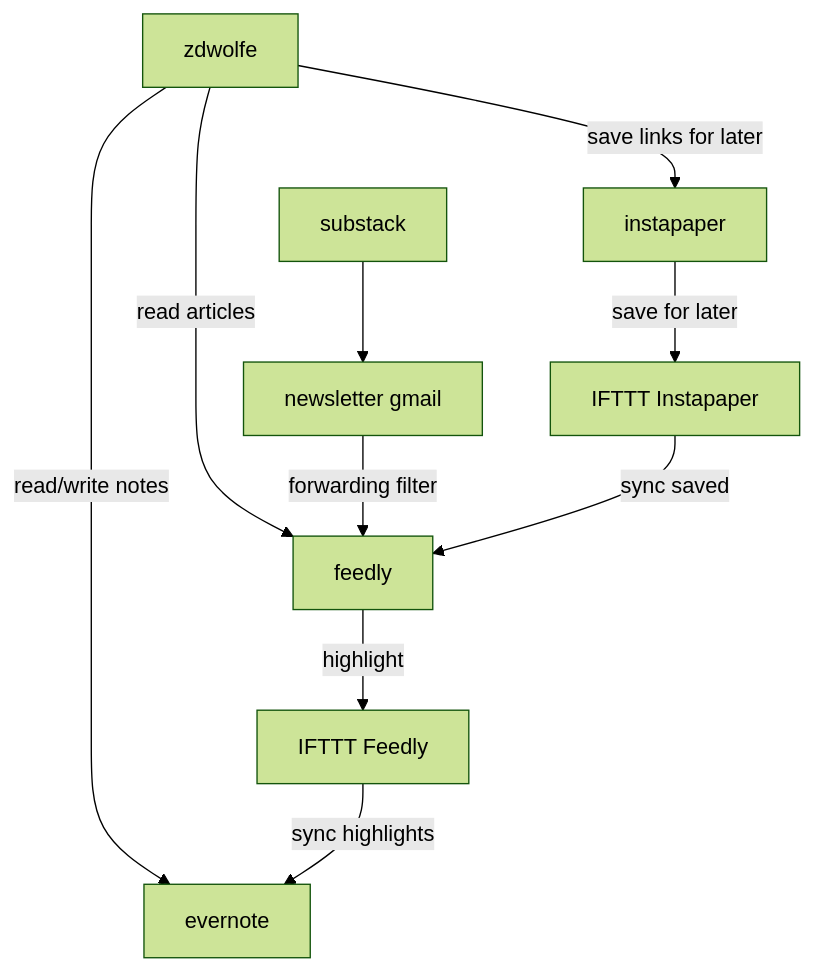
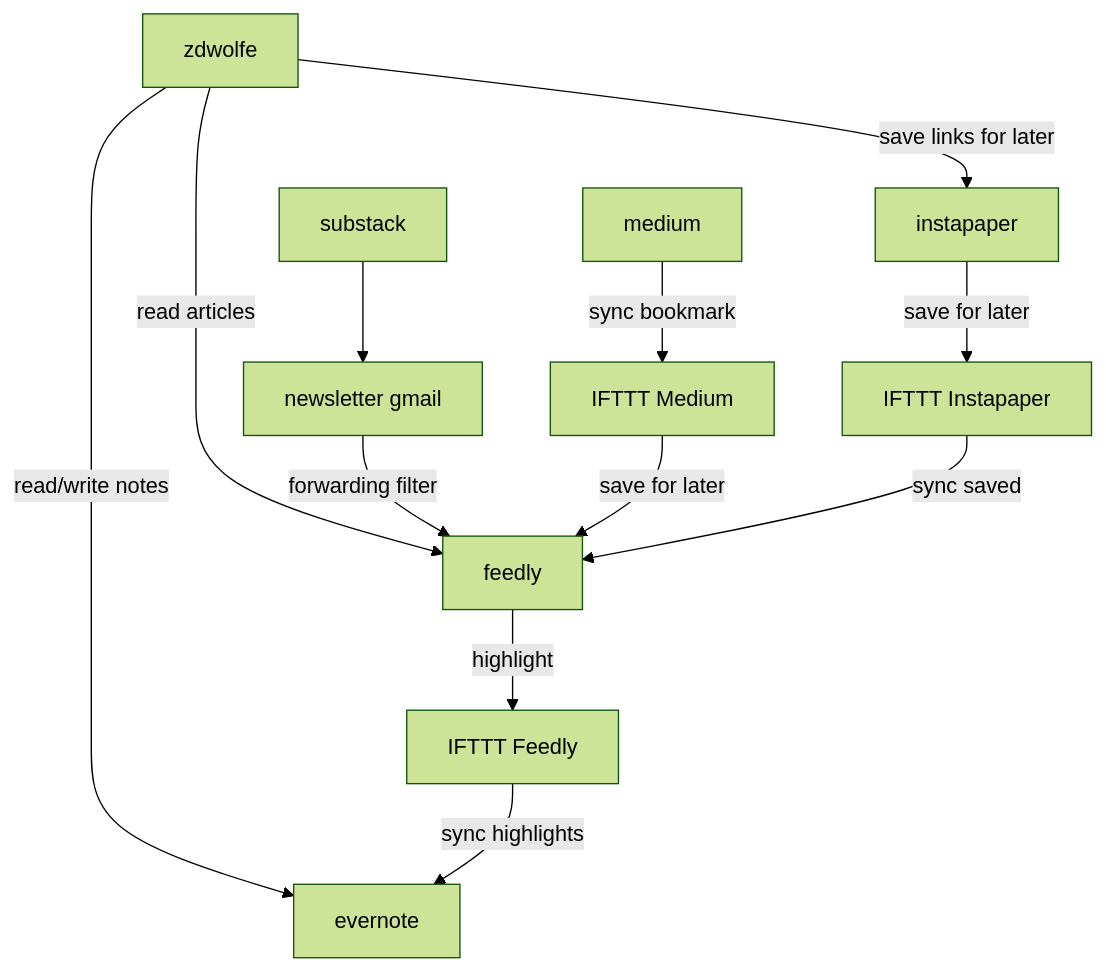
Before and after one commit to zdwolfe/reading: the diagram in README.md, drawn with Mermaid (forest theme).

Commit message:
Add Medium IFTTT to feedly

````diff
--- a/README.md
+++ b/README.md
@@ -7,15 +7,18 @@
 ```mermaid
   graph TD;
       me[zdwolfe] -- read articles --> feedly;
       me -- read/write notes --> ever[evernote];
       me -- save links for later --> insta[instapaper];
       
       substack --> nEmail[newsletter gmail];
       nEmail -- forwarding filter --> feedly;
       
+      medium -- sync bookmark --> iftttMedium[IFTTT Medium];
+      iftttMedium -- save for later --> feedly;
+      
       insta -- save for later --> iftttInsta[IFTTT Instapaper];
       iftttInsta -- sync saved --> feedly;
       
       feedly -- highlight --> iftttFeedlyH[IFTTT Feedly];
       iftttFeedlyH -- sync highlights --> ever;      
 ```
````
